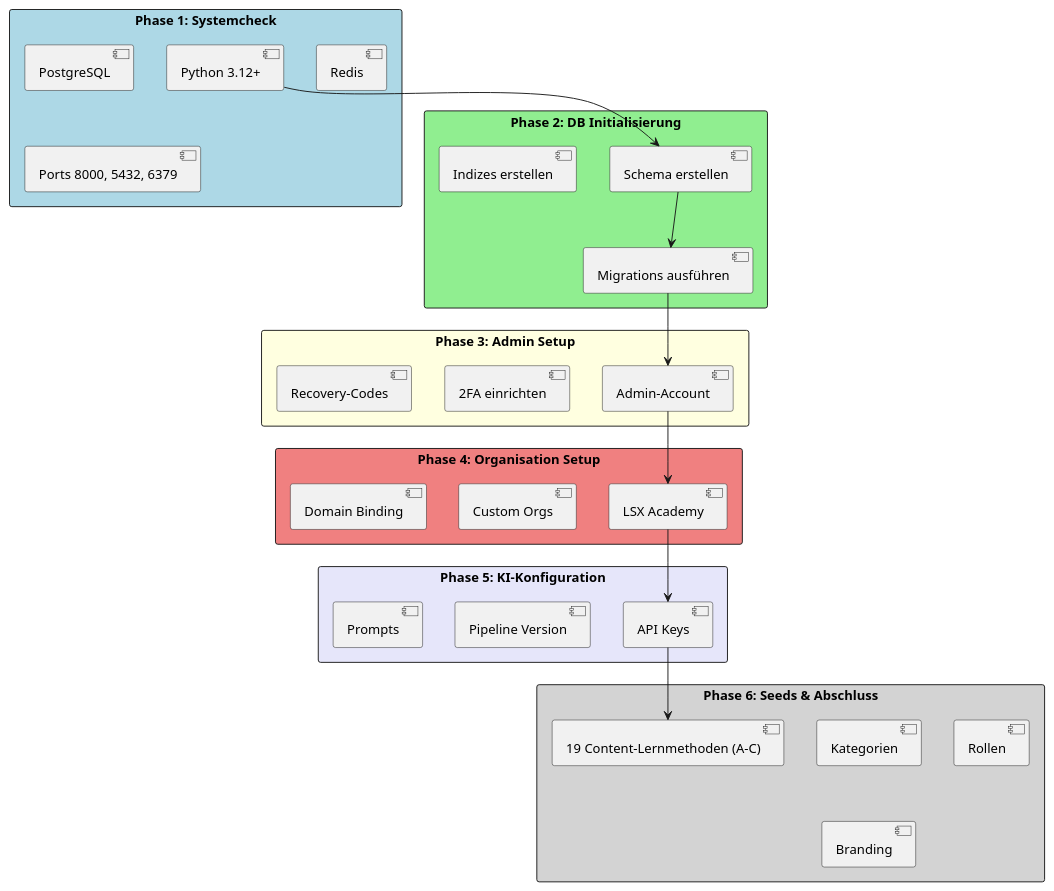
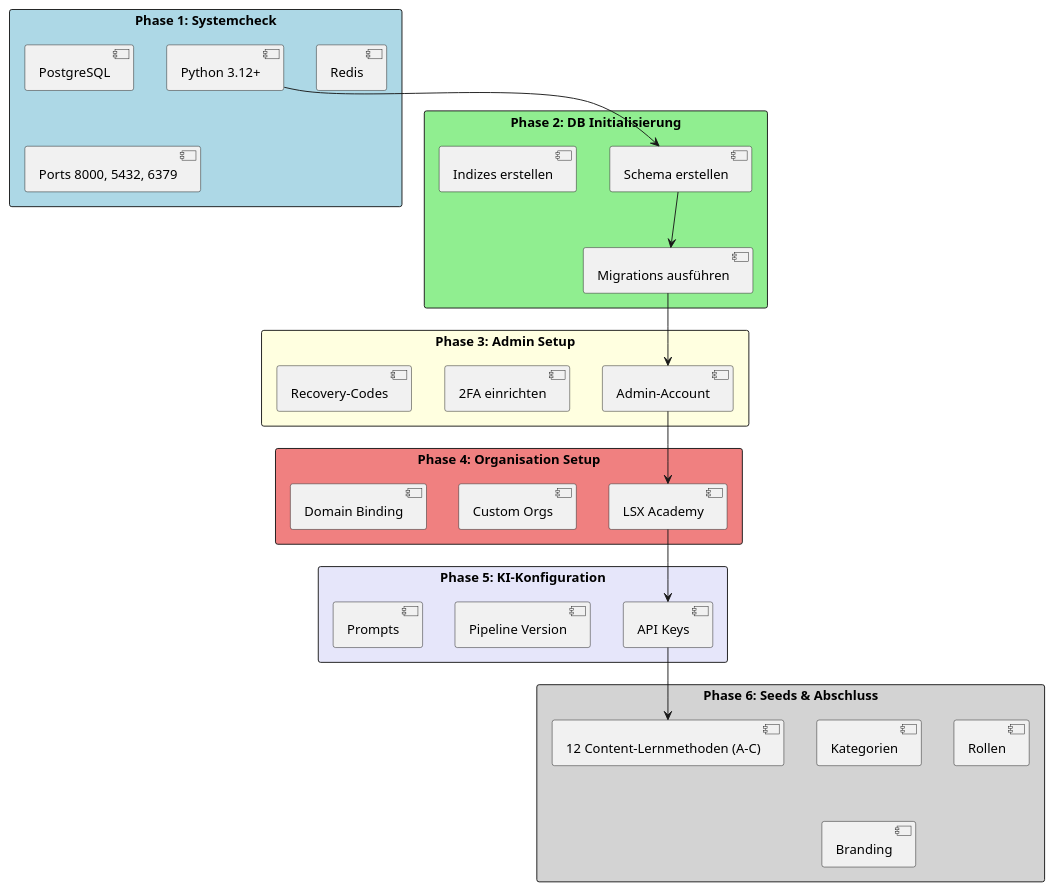
One commit to flokflok1/lernseite changed the second of 5 diagrams in LernsystemX-Doku/07_Setup-Dev/02_Setup-Wizard-Installation.md. Above: the diagram before and after it, drawn with PlantUML. The commit also changed other lines of this file and 1490 other files, not shown here.

````diff
--- a/LernsystemX-Doku/07_Setup-Dev/02_Setup-Wizard-Installation.md
+++ b/LernsystemX-Doku/07_Setup-Dev/02_Setup-Wizard-Installation.md
@@ -102,51 +102,51 @@
 ```plantuml
 @startuml
 skinparam packageStyle rectangle
 
 package "Phase 1: Systemcheck" #LightBlue {
     [Python 3.12+] as py
     [PostgreSQL] as pg
     [Redis] as rd
     [Ports 8000, 5432, 6379] as ports
 }
 
 package "Phase 2: DB Initialisierung" #LightGreen {
     [Schema erstellen] as schema
     [Migrations ausführen] as mig
     [Indizes erstellen] as idx
 }
 
 package "Phase 3: Admin Setup" #LightYellow {
     [Admin-Account] as adm
     [2FA einrichten] as tfa
     [Recovery-Codes] as rec
 }
 
 package "Phase 4: Organisation Setup" #LightCoral {
     [LSX Academy] as lsx_org
     [Custom Orgs] as custom_orgs
     [Domain Binding] as domains
 }
 
 package "Phase 5: KI-Konfiguration" #Lavender {
     [API Keys] as keys
     [Pipeline Version] as pipeline
     [Prompts] as prompts
 }
 
 package "Phase 6: Seeds & Abschluss" #LightGray {
-    [19 Content-Lernmethoden (A-C)] as methods
+    [12 Content-Lernmethoden (A-C)] as methods
     [Kategorien] as cats
     [Rollen] as roles
     [Branding] as brand
 }
 
 py --> schema
 schema --> mig
 mig --> adm
 adm --> lsx_org
 lsx_org --> keys
 keys --> methods
 
 @enduml
 ```
````
